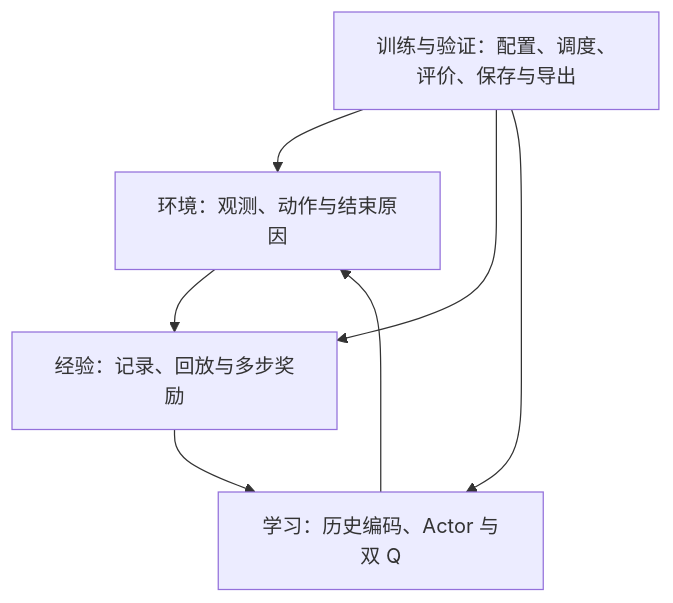
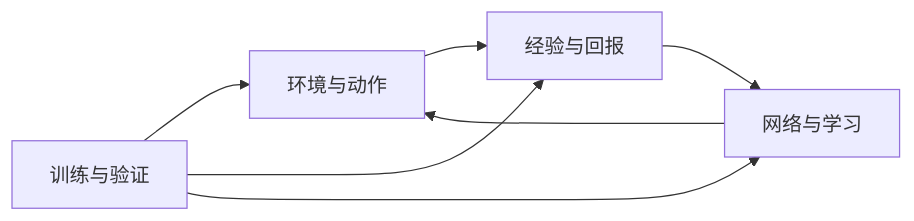
Before and after one commit to kissmvp8-afk/study: the diagram in README.md, drawn with Mermaid. The commit also changed other lines of this file and 44 other files, not shown here.

````diff
--- a/README.md
+++ b/README.md
@@ -80,9 +27,9 @@
 ```mermaid
-flowchart TD
-  E[环境：观测、动作与结束原因] --> D[经验：记录、回放与多步奖励]
-  D --> N[学习：历史编码、Actor 与双 Q]
+flowchart LR
+  E[环境与动作] --> D[经验与回报]
+  D --> N[网络与学习]
   N --> E
-  T[训练与验证：配置、调度、评价、保存与导出] --> E
+  T[训练与验证] --> E
   T --> D
   T --> N
 ```
````
